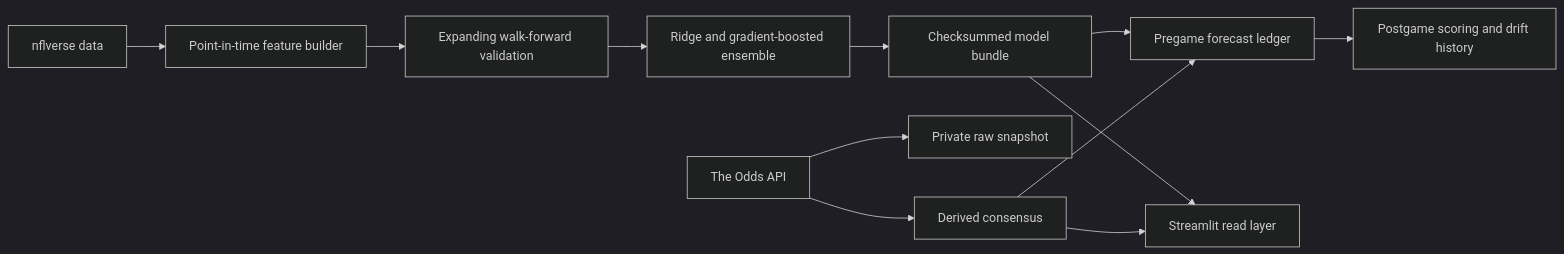
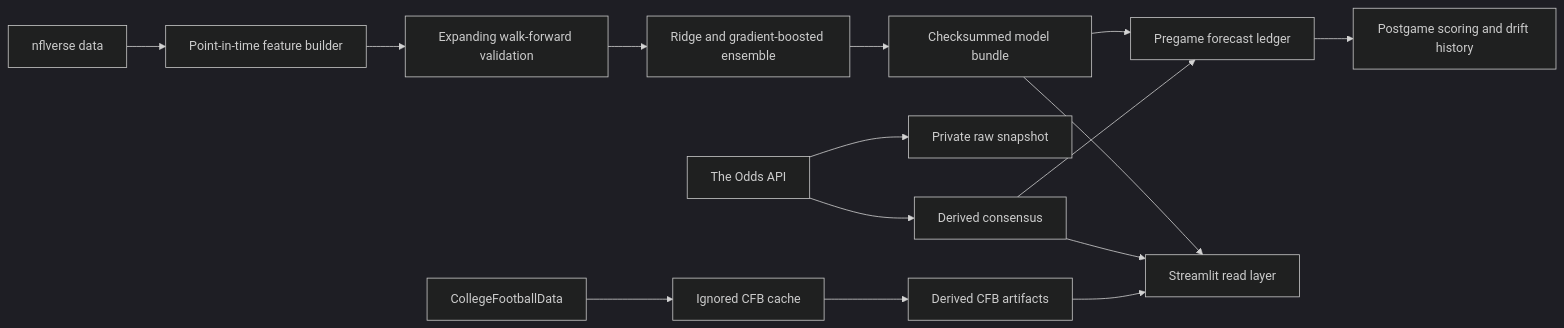
One commit to DrewM96/nfl-prediction-system changed the diagram in README.md. Above: the diagram before and after it, drawn with Mermaid (dark theme). The commit also changed other lines of this file and 20 other files, not shown here.

Commit message:
Add College Football data foundation

````diff
--- a/README.md
+++ b/README.md
@@ -32,14 +32,17 @@
 ```mermaid
 flowchart LR
     A[nflverse data] --> B[Point-in-time feature builder]
     B --> C[Expanding walk-forward validation]
     C --> D[Ridge and gradient-boosted ensemble]
     D --> E[Checksummed model bundle]
     E --> F[Pregame forecast ledger]
     E --> G[Streamlit read layer]
     F --> H[Postgame scoring and drift history]
     I[The Odds API] --> J[Private raw snapshot]
     I --> K[Derived consensus]
     K --> F
     K --> G
+    L[CollegeFootballData] --> M[Ignored CFB cache]
+    M --> N[Derived CFB artifacts]
+    N --> G
 ```
````
